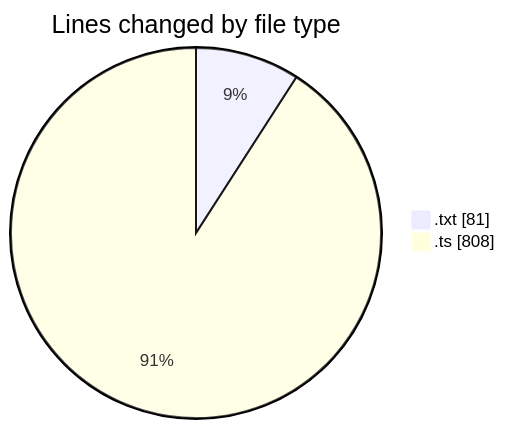
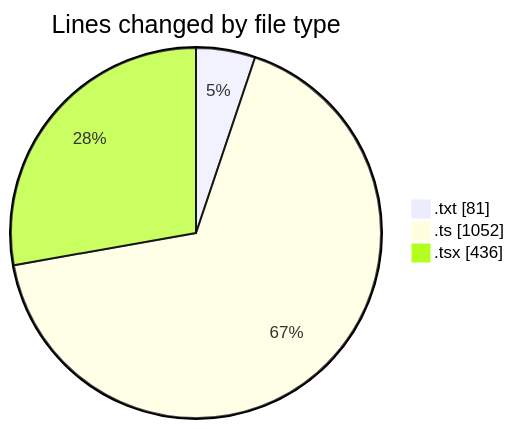
One commit to CELIANVF/code-tracking changed the first of 2 diagrams in 2025-05-28/ecodeli-1/README.md. Above: the diagram before and after it, drawn with Mermaid. The commit also changed other lines of this file and 1 other file, not shown here.

````diff
--- a/2025-05-28/ecodeli-1/README.md
+++ b/2025-05-28/ecodeli-1/README.md
@@ -27,6 +30,7 @@
 ```mermaid
 pie showData
 title Lines changed by file type
 ".txt" : 81
-".ts" : 808
+".ts" : 1052
+".tsx" : 436
 ```
````
